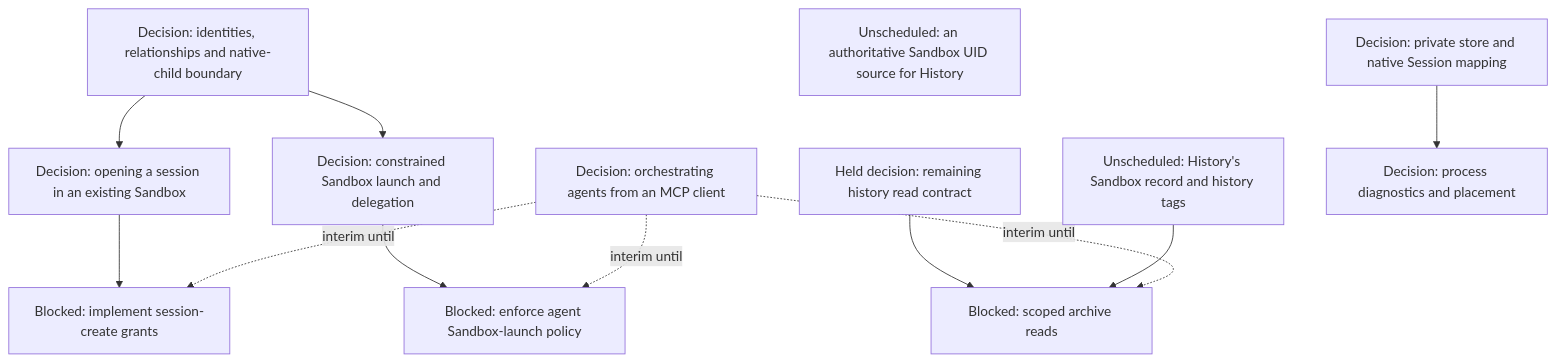
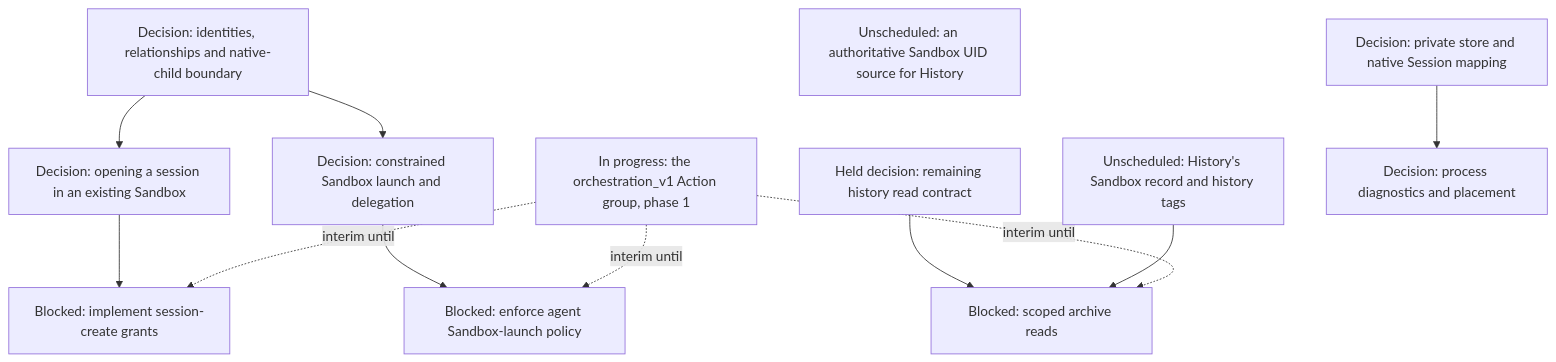
The sixth of 19 diagrams in agentplane/plans/task_dag.md (agentydragon-agent/ducktape), drawn with Mermaid before and after one commit. The commit also changed other lines of this file and 4 other files, not shown here.

````diff
--- a/agentplane/plans/task_dag.md
+++ b/agentplane/plans/task_dag.md
@@ -291,25 +291,25 @@
 ```mermaid
 flowchart TD
     MULTIAGENT_MODEL[Decision: identities, relationships and native-child boundary]
     THREAD_READ_POLICY_DESIGN[Held decision: remaining history read contract]
     HISTORY_SANDBOX_RECORD[Unscheduled: History's Sandbox record and history tags]
     THREAD_READ_POLICY[Blocked: scoped archive reads]
     HISTORY_SANDBOX_ASSOCIATION_SOURCE[Unscheduled: an authoritative Sandbox UID source for History]
     THREAD_CREATE_POLICY[Decision: opening a session in an existing Sandbox]
     THREAD_CREATE_AUTHORIZATION[Blocked: implement session-create grants]
     AGENT_LAUNCH_POLICY_DESIGN[Decision: constrained Sandbox launch and delegation]
     AGENT_SANDBOX_LAUNCH[Blocked: enforce agent Sandbox-launch policy]
     MULTIAGENT_MODEL --> THREAD_CREATE_POLICY
     MULTIAGENT_MODEL --> AGENT_LAUNCH_POLICY_DESIGN
     THREAD_READ_POLICY_DESIGN --> THREAD_READ_POLICY
     HISTORY_SANDBOX_RECORD --> THREAD_READ_POLICY
     THREAD_CREATE_POLICY --> THREAD_CREATE_AUTHORIZATION
     AGENT_LAUNCH_POLICY_DESIGN --> AGENT_SANDBOX_LAUNCH
-    MCP_ORCHESTRATION_DESIGN[Decision: orchestrating agents from an MCP client]
-    MCP_ORCHESTRATION_DESIGN -. interim until .-> THREAD_CREATE_AUTHORIZATION
-    MCP_ORCHESTRATION_DESIGN -. interim until .-> THREAD_READ_POLICY
-    MCP_ORCHESTRATION_DESIGN -. interim until .-> AGENT_SANDBOX_LAUNCH
+    ORCHESTRATION_V1[In progress: the orchestration_v1 Action group, phase 1]
+    ORCHESTRATION_V1 -. interim until .-> THREAD_CREATE_AUTHORIZATION
+    ORCHESTRATION_V1 -. interim until .-> THREAD_READ_POLICY
+    ORCHESTRATION_V1 -. interim until .-> AGENT_SANDBOX_LAUNCH
     RUNNER_HARNESS_OBJECTS_DESIGN[Decision: process diagnostics and placement]
     HARNESS_IDENTITY_DESIGN[Decision: private store and native Session mapping]
     HARNESS_IDENTITY_DESIGN --> RUNNER_HARNESS_OBJECTS_DESIGN
 ```
````
